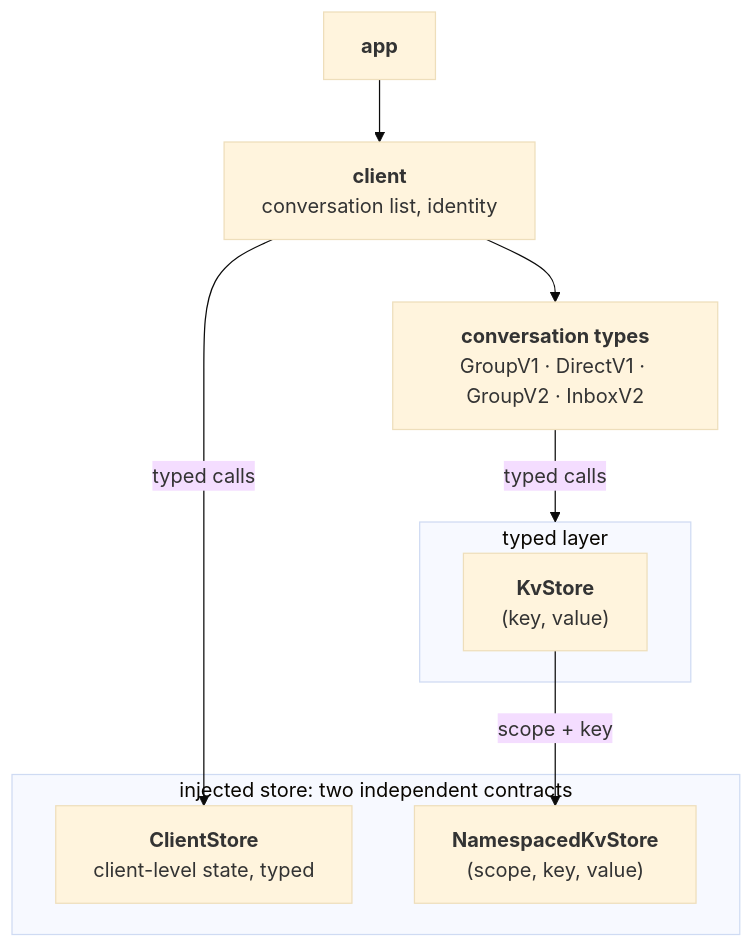
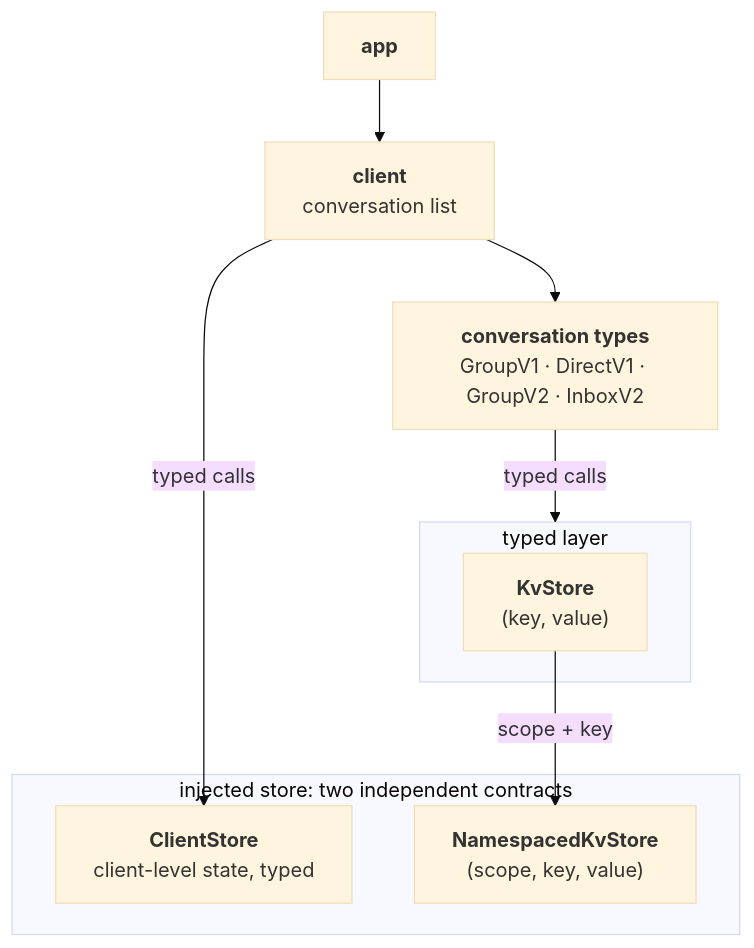
One commit to logos-messaging/libchat changed the diagram in docs/adr/0002-storage-architecture.md. Above: the diagram before and after it, drawn with Mermaid (base theme). The commit also changed other lines of this file and 24 other files, not shown here.

````diff
--- a/docs/adr/0002-storage-architecture.md
+++ b/docs/adr/0002-storage-architecture.md
@@ -29,21 +29,21 @@
 ```mermaid
 flowchart TB
     App["<b>app</b>"]
-    Client["<b>client</b><br/>conversation list, identity"]
+    Client["<b>client</b><br/>conversation list"]
     Types["<b>conversation types</b><br/>GroupV1 · DirectV1 · GroupV2 · InboxV2"]
 
     subgraph Typed["typed layer"]
         KV["<b>KvStore</b><br/>(key, value)"]
     end
 
     subgraph Store["injected store: two independent contracts"]
         CS["<b>ClientStore</b><br/>client-level state, typed"]
         NKV["<b>NamespacedKvStore</b><br/>(scope, key, value)"]
     end
 
     App --> Client
     Client --> Types
     Client -- "typed calls" --> CS
     Types -- "typed calls" --> Typed
     KV -- "scope + key" --> NKV
 ```
````
